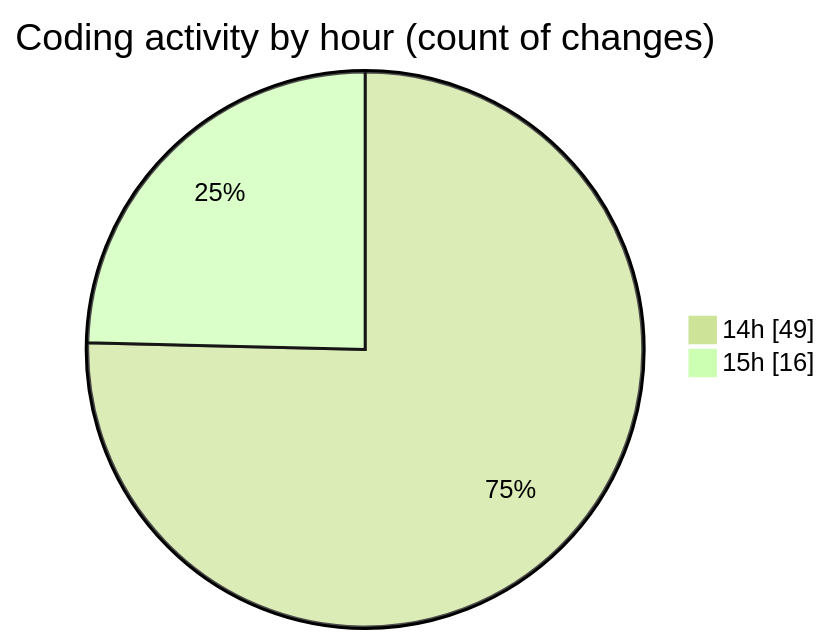
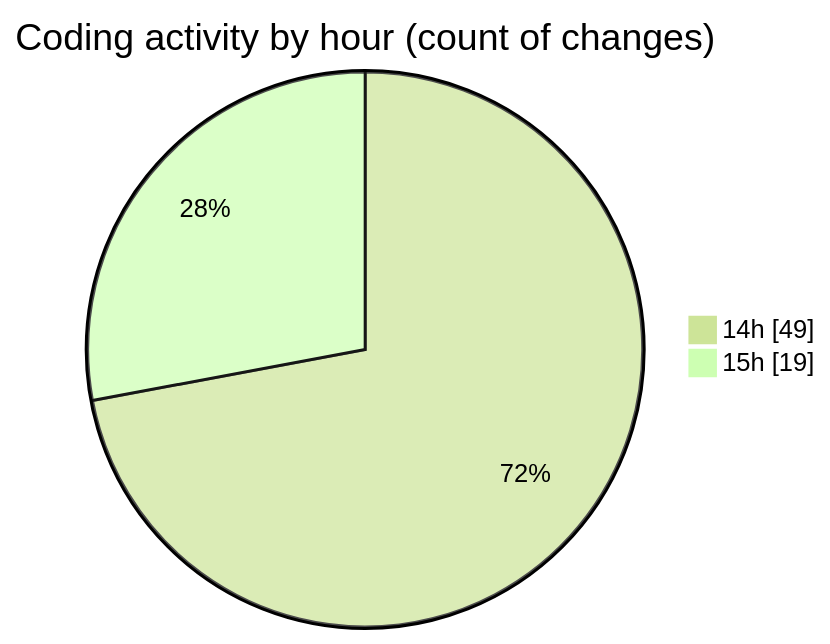
The second of 2 diagrams in 2025-02-27/audiobooks-web/README.md (robertbonfada/code-tracking), drawn with Mermaid (forest theme) before and after one commit. The commit also changed other lines of this file and 1 other file, not shown here.

````diff
--- a/2025-02-27/audiobooks-web/README.md
+++ b/2025-02-27/audiobooks-web/README.md
@@ -42,6 +44,6 @@
 ```mermaid
 pie showData
 title Coding activity by hour (count of changes)
 "14h" : 49
-"15h" : 16
+"15h" : 19
 ```
````
